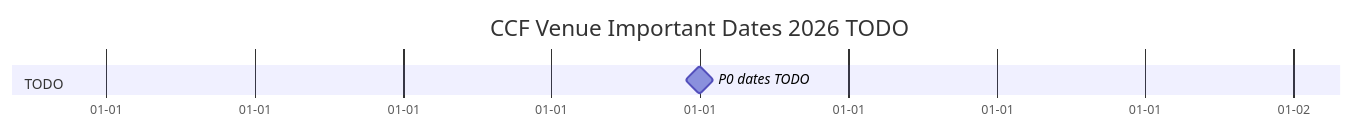
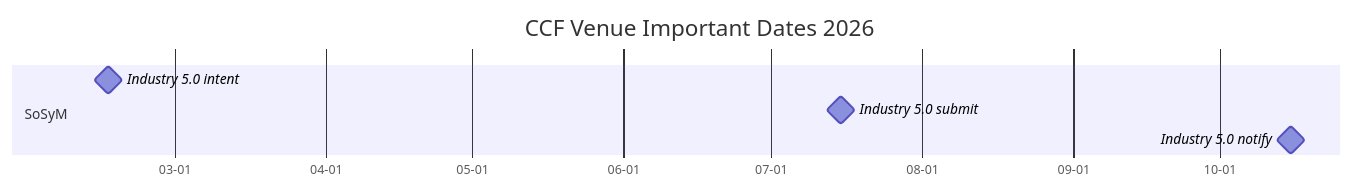
One commit to HansBug/research_ideas changed the third of 9 diagrams in ccf_venues/TIMELINE.md. Above: the diagram before and after it, drawn with Mermaid. The commit also changed other lines of this file and 25 other files, not shown here.

````diff
--- a/ccf_venues/TIMELINE.md
+++ b/ccf_venues/TIMELINE.md
@@ -126,9 +129,11 @@
 ```mermaid
 gantt
-  title CCF Venue Important Dates 2026 TODO
+  title CCF Venue Important Dates 2026
   dateFormat YYYY-MM-DD
   axisFormat %m-%d
 
-  section TODO
-  P0 dates TODO :milestone, todo2026, 2026-01-01, 1d
+  section SoSyM
+  Industry 5.0 intent :milestone, sosym_industry_intent, 2026-02-15, 1d
+  Industry 5.0 submit :milestone, sosym_industry_submit, 2026-07-15, 1d
+  Industry 5.0 notify :milestone, sosym_industry_notify, 2026-10-15, 1d
 ```
````
